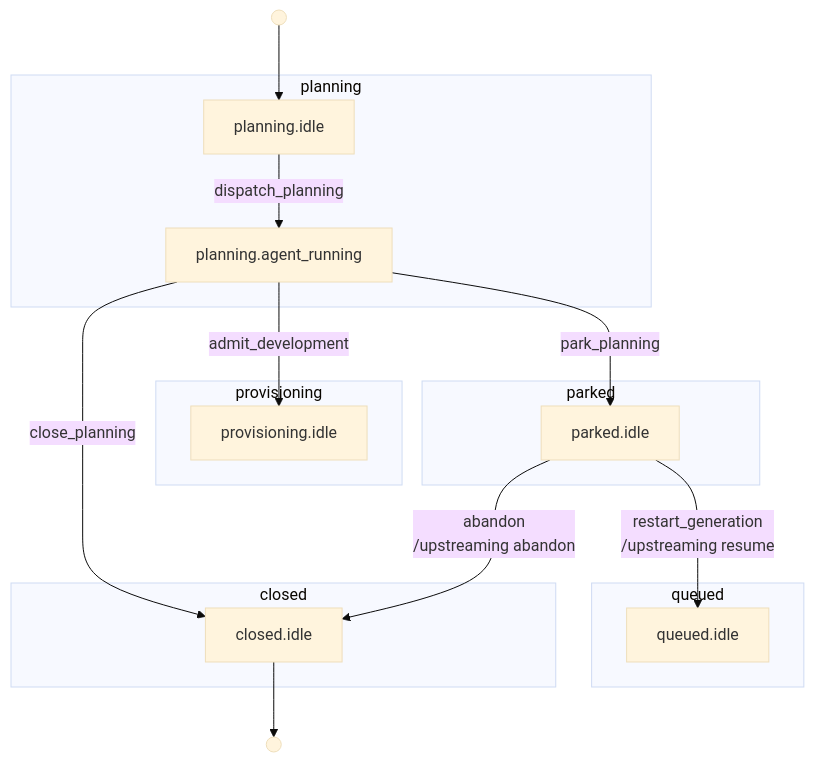
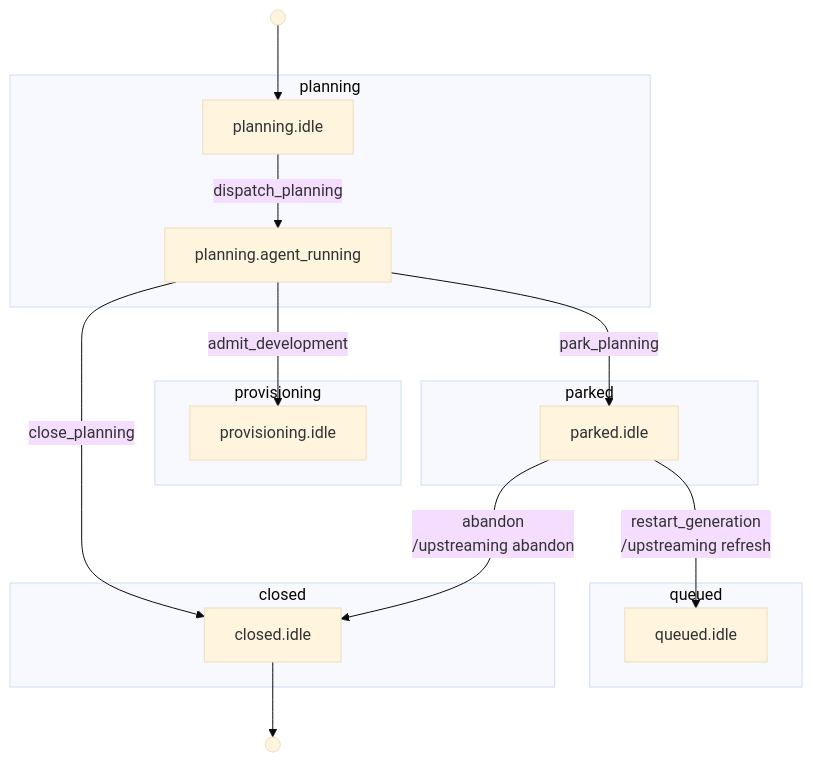
Before and after one commit to riseproject-dev/porting-agent: the second of 30 diagrams in docs/state-machine/index.md, drawn with Mermaid (base theme). The commit also changed other lines of this file and 27 other files, not shown here.

Commit message:
Restart a parked contribution with refresh instead of resume

````diff
--- a/docs/state-machine/index.md
+++ b/docs/state-machine/index.md
@@ -163,28 +163,28 @@
 ```mermaid
 flowchart TB
     subgraph planning["planning"]
         planning_idle["planning.idle"]
         planning_agent_running["planning.agent_running"]
     end
     subgraph provisioning["provisioning"]
         provisioning_idle["provisioning.idle"]
     end
     subgraph parked["parked"]
         parked_idle["parked.idle"]
     end
     subgraph queued["queued"]
         queued_idle["queued.idle"]
     end
     subgraph closed["closed"]
         closed_idle["closed.idle"]
     end
 
     start_1(( )) --> planning_idle
     planning_idle -->|dispatch_planning| planning_agent_running
     planning_agent_running -->|admit_development| provisioning_idle
     planning_agent_running -->|park_planning| parked_idle
     planning_agent_running -->|close_planning| closed_idle
-    parked_idle -->|restart_generation<br/>/upstreaming resume| queued_idle
+    parked_idle -->|restart_generation<br/>/upstreaming refresh| queued_idle
     parked_idle -->|abandon<br/>/upstreaming abandon| closed_idle
     closed_idle --> end_2(( ))
 ```
````
